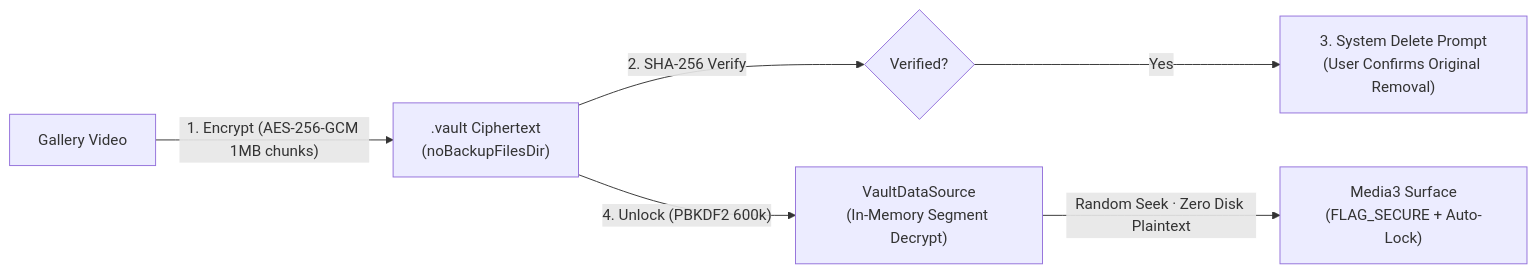
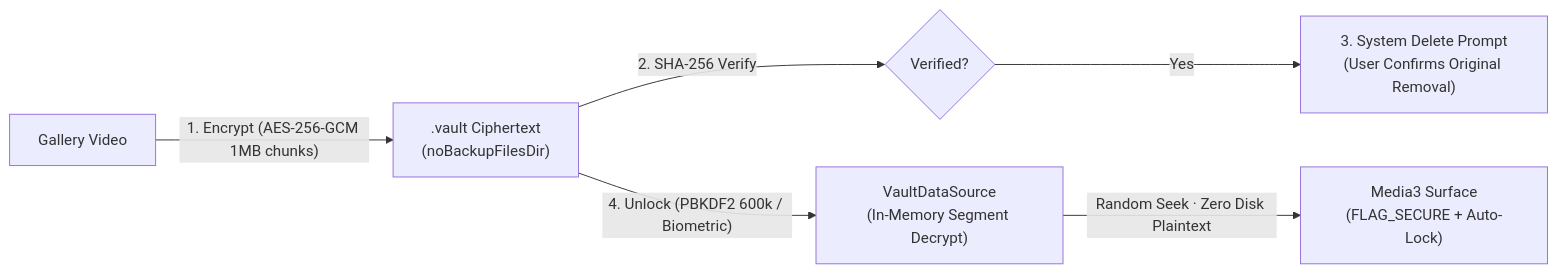
Before and after one commit to QAQ-cmyk/yingxia-player: the diagram in README.md, drawn with Mermaid. The commit also changed other lines of this file and 20 other files, not shown here.

````diff
--- a/README.md
+++ b/README.md
@@ -35,8 +47,8 @@
 ```mermaid
 flowchart LR
     A["Gallery Video"] -->|"1. Encrypt (AES-256-GCM 1MB chunks)"| B[".vault Ciphertext<br/>(noBackupFilesDir)"]
     B -->|"2. SHA-256 Verify"| C{"Verified?"}
     C -->|"Yes"| D["3. System Delete Prompt<br/>(User Confirms Original Removal)"]
-    B -->|"4. Unlock (PBKDF2 600k)"| E["VaultDataSource<br/>(In-Memory Segment Decrypt)"]
+    B -->|"4. Unlock (PBKDF2 600k / Biometric)"| E["VaultDataSource<br/>(In-Memory Segment Decrypt)"]
     E -->|"Random Seek · Zero Disk Plaintext"| F["Media3 Surface<br/>(FLAG_SECURE + Auto-Lock)"]
 ```
````
